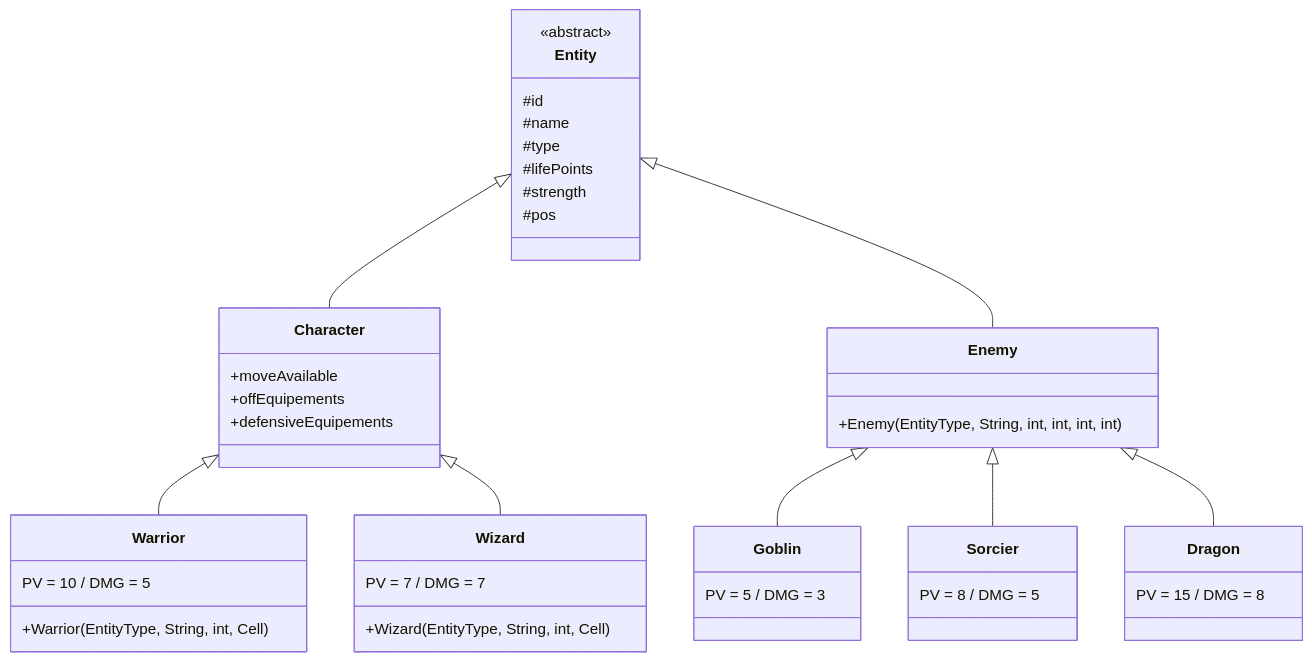
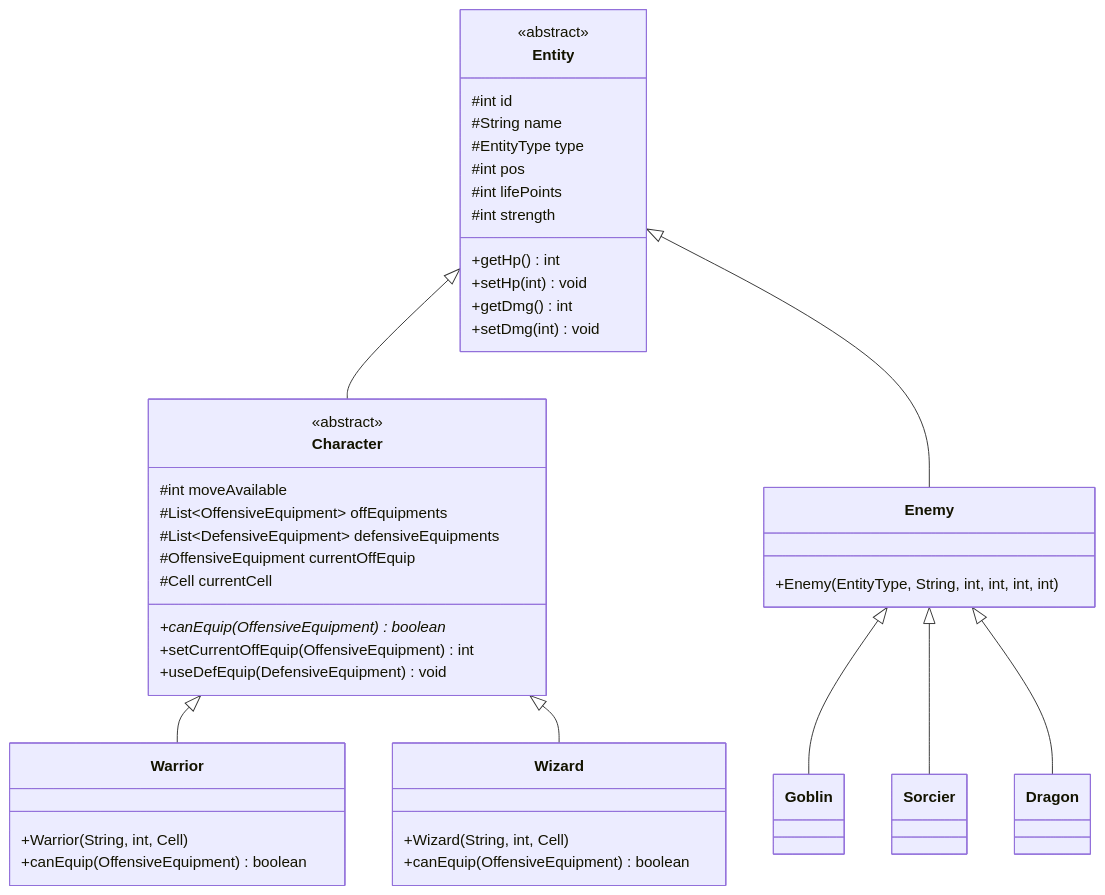
The diagram in README.md (BSourichanh/POO_JAVA), drawn with Mermaid before and after one commit. The commit also changed other lines of this file and 29 other files, not shown here.

````diff
--- a/README.md
+++ b/README.md
@@ -462,48 +136,52 @@
 ```mermaid
 classDiagram
     direction TB
 
     class Entity {
         <<abstract>>
-        #id
-        #name
-        #type
-        #lifePoints
-        #strength
-        #pos
+        #int id
+        #String name
+        #EntityType type
+        #int pos
+        #int lifePoints
+        #int strength
+        +getHp() int
+        +setHp(int) void
+        +getDmg() int
+        +setDmg(int) void
     }
 
     class Character {
-        +moveAvailable
-        +offEquipements
-        +defensiveEquipements
+        <<abstract>>
+        #int moveAvailable
+        #List~OffensiveEquipment~ offEquipments
+        #List~DefensiveEquipment~ defensiveEquipments
+        #OffensiveEquipment currentOffEquip
+        #Cell currentCell
+        +canEquip(OffensiveEquipment)* boolean
+        +setCurrentOffEquip(OffensiveEquipment) int
+        +useDefEquip(DefensiveEquipment) void
     }
+
     class Warrior {
-        +Warrior(EntityType, String, int, Cell)
-        PV = 10 / DMG = 5
+        +Warrior(String, int, Cell)
+        +canEquip(OffensiveEquipment) boolean
     }
+
     class Wizard {
-        +Wizard(EntityType, String, int, Cell)
-        PV = 7 / DMG = 7
+        +Wizard(String, int, Cell)
+        +canEquip(OffensiveEquipment) boolean
     }
-    Entity <|-- Character
-    Character <|-- Warrior
-    Character <|-- Wizard
 
     class Enemy {
         +Enemy(EntityType, String, int, int, int, int)
     }
-    class Goblin {
-        PV = 5 / DMG = 3
-    }
-    class Sorcier {
-        PV = 8 / DMG = 5
-    }
-    class Dragon {
-        PV = 15 / DMG = 8
-    }
+
+    Entity <|-- Character
     Entity <|-- Enemy
+    Character <|-- Warrior
+    Character <|-- Wizard
     Enemy <|-- Goblin
     Enemy <|-- Sorcier
     Enemy <|-- Dragon
 ```
````
